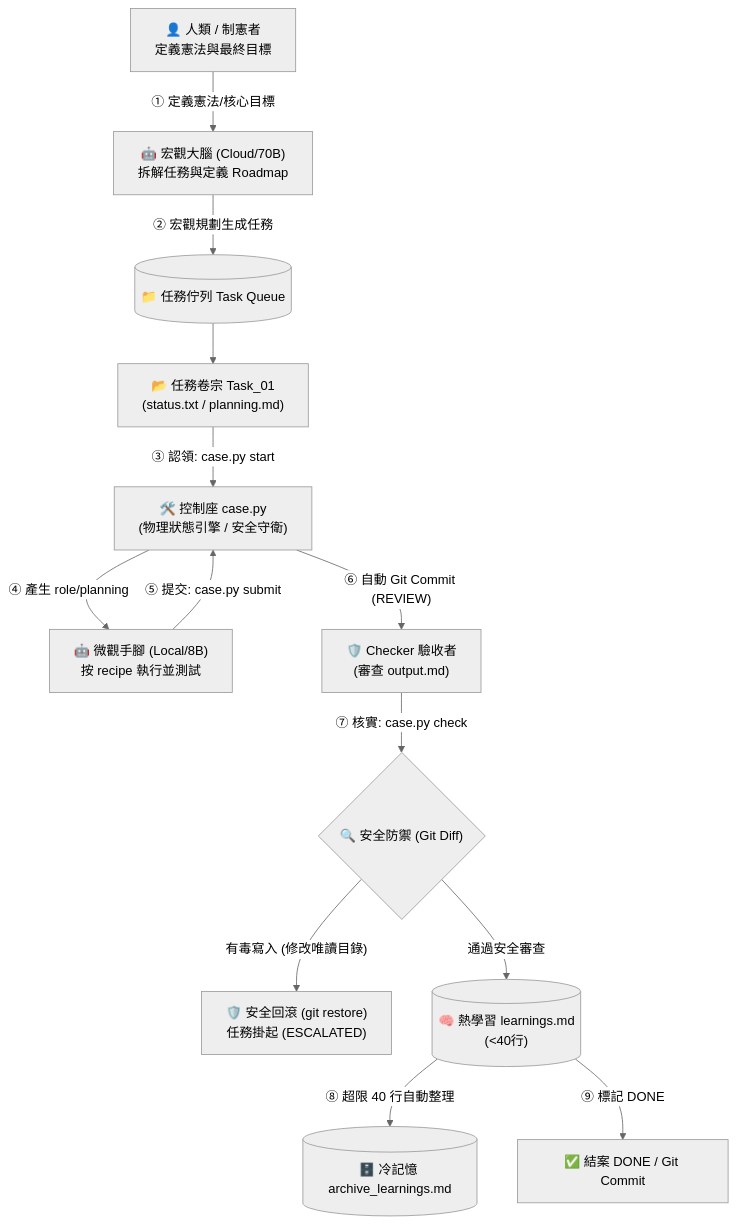
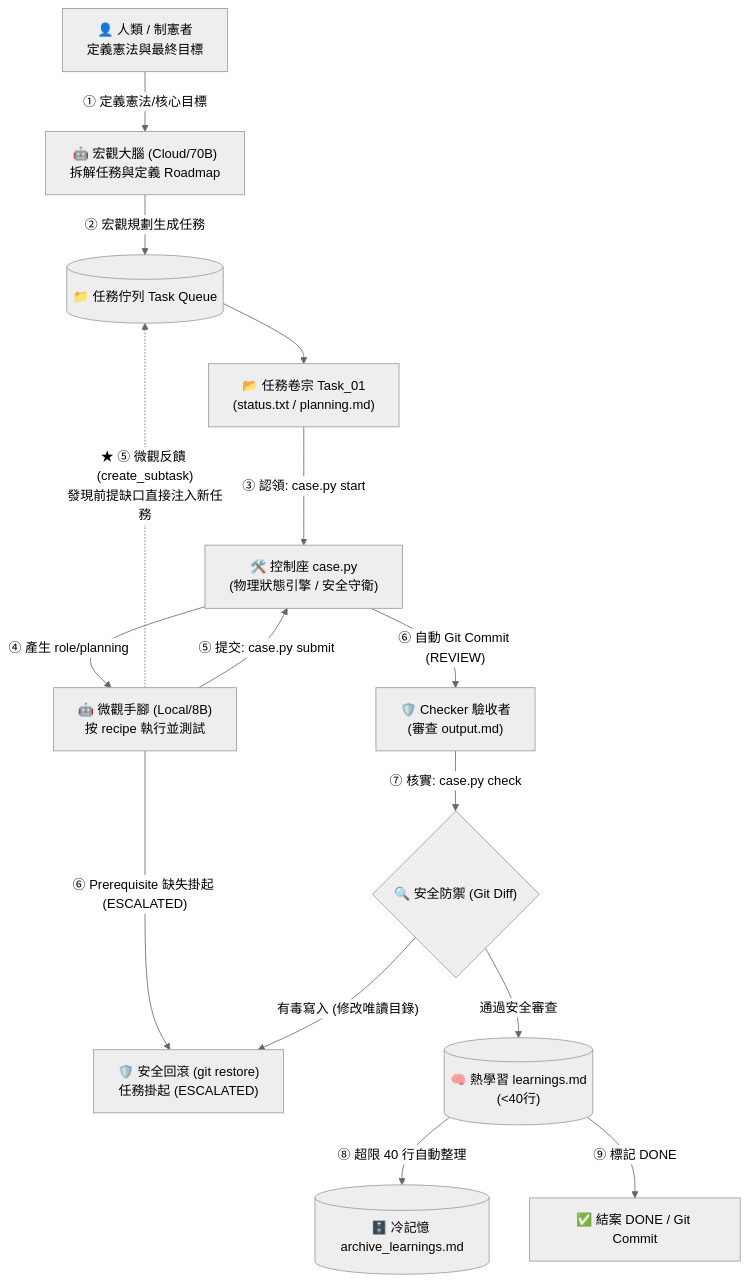
Before and after one commit to Chiakai-Chang/Local-Agent-Workspace: the diagram in C.A.S.E._Framework/README.md, drawn with Mermaid (neutral theme).

Commit message:
docs(readme): restore micro-level feedback and subtask creation logic to architecture diagram

````diff
--- a/C.A.S.E._Framework/README.md
+++ b/C.A.S.E._Framework/README.md
@@ -13,43 +13,47 @@
 ```mermaid
 graph TD
     H["👤 人類 / 制憲者<br/>定義憲法與最終目標"]
     C["🤖 宏觀大腦 (Cloud/70B)<br/>拆解任務與定義 Roadmap"]
     TQ[("📁 任務佇列 Task Queue")]
     T1["📂 任務卷宗 Task_01<br/>(status.txt / planning.md)"]
     
     %% case.py 媒介
     CTRL["🛠️ 控制座 case.py<br/>(物理狀態引擎 / 安全守衛)"]
     
     LA["🤖 微觀手腳 (Local/8B)<br/>按 recipe 執行並測試"]
     CH["🛡️ Checker 驗收者<br/>(審查 output.md)"]
     
-    %% 安全防禦
+    %% 安全防禦與掛起
     SEC{"🔍 安全防禦 (Git Diff)"}
     REVERT["🛡️ 安全回滾 (git restore)<br/>任務掛起 (ESCALATED)"]
     
     %% 記憶體
     HOT[("🧠 熱學習 learnings.md<br/>(<40行)")]
     COLD[("🗄️ 冷記憶 archive_learnings.md")]
     
     DONE["✅ 結案 DONE / Git Commit"]
 
     %% 流程線
     H -->|"① 定義憲法/核心目標"| C
     C -->|"② 宏觀規劃生成任務"| TQ
     TQ --> T1
     
-    %% Worker 執行
+    %% Worker 執行與微觀回饋
     T1 -->|"③ 認領: case.py start"| CTRL
     CTRL -->|"④ 產生 role/planning"| LA
+    
+    LA -.->|"★ ⑤ 微觀反饋 (create_subtask)<br/>發現前提缺口直接注入新任務"| TQ
+    LA -->|"⑥ Prerequisite 缺失掛起 (ESCALATED)"| REVERT
+    
     LA -->|"⑤ 提交: case.py submit"| CTRL
     CTRL -->|"⑥ 自動 Git Commit (REVIEW)"| CH
     
     %% Checker 與安全
     CH -->|"⑦ 核實: case.py check"| SEC
     SEC -->|"有毒寫入 (修改唯讀目錄)"| REVERT
     SEC -->|"通過安全審查"| HOT
     
     %% 記憶整理與結案
     HOT -->|"⑧ 超限 40 行自動整理"| COLD
     HOT -->|"⑨ 標記 DONE"| DONE
 ```
````
